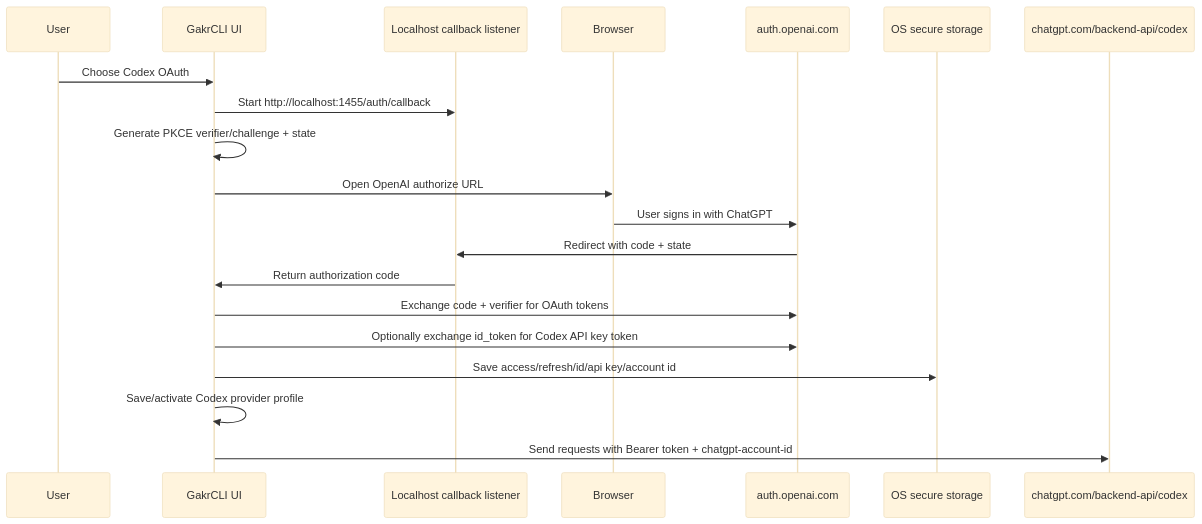
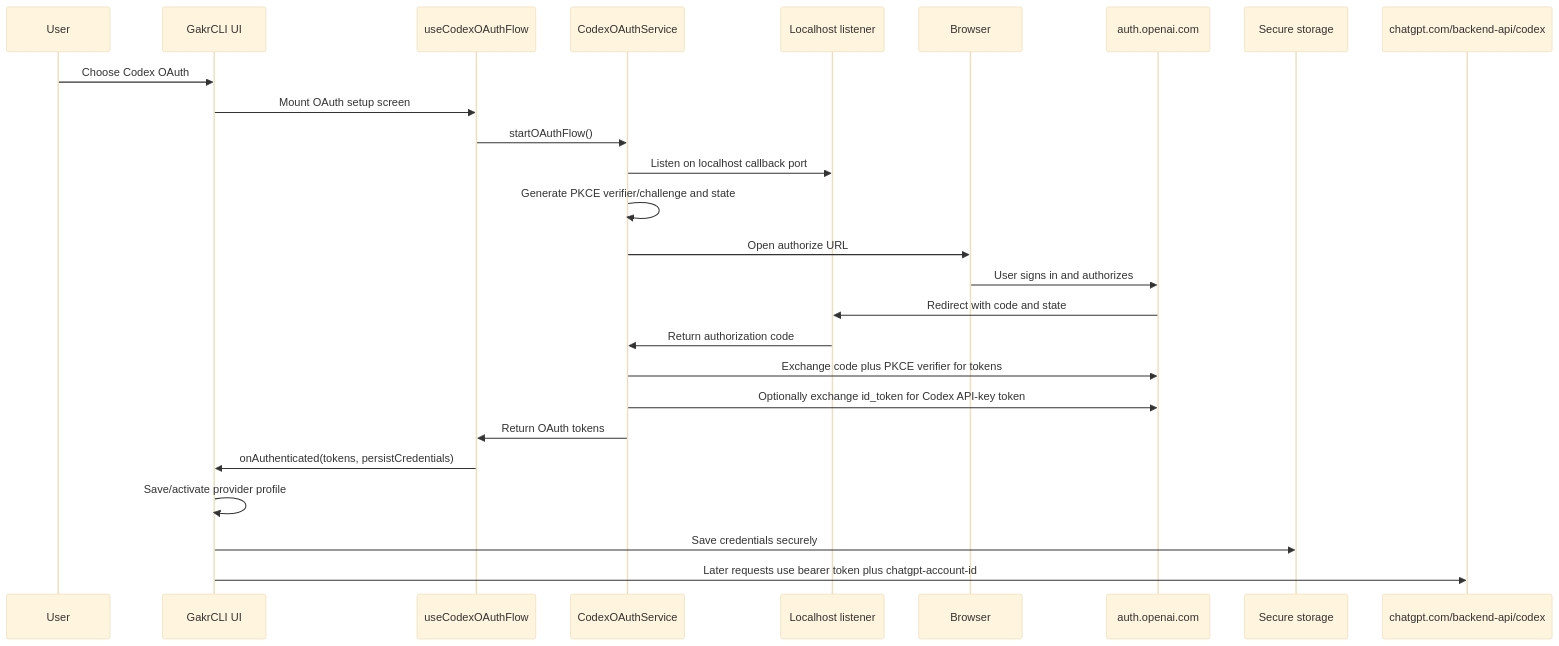
Before and after one commit to gajjalaashok75-UI/GakrCLI: the diagram in docs/codex-oauth-browser-sign-in.md, drawn with Mermaid (base theme). The commit also changed other lines of this file and 7 other files, not shown here.

Commit message:
Fix Codex OAuth provider persistence

````diff
--- a/docs/codex-oauth-browser-sign-in.md
+++ b/docs/codex-oauth-browser-sign-in.md
@@ -21,23 +51,29 @@
 ```mermaid
 sequenceDiagram
   participant User
-  participant CLI as GakrCLI UI
-  participant Listener as Localhost callback listener
+  participant UI as GakrCLI UI
+  participant Hook as useCodexOAuthFlow
+  participant Service as CodexOAuthService
+  participant Listener as Localhost listener
   participant Browser
   participant OpenAI as auth.openai.com
-  participant Store as OS secure storage
+  participant Store as Secure storage
   participant Codex as chatgpt.com/backend-api/codex
 
-  User->>CLI: Choose Codex OAuth
-  CLI->>Listener: Start http://localhost:1455/auth/callback
-  CLI->>CLI: Generate PKCE verifier/challenge + state
-  CLI->>Browser: Open OpenAI authorize URL
-  Browser->>OpenAI: User signs in with ChatGPT
-  OpenAI->>Listener: Redirect with code + state
-  Listener->>CLI: Return authorization code
-  CLI->>OpenAI: Exchange code + verifier for OAuth tokens
-  CLI->>OpenAI: Optionally exchange id_token for Codex API key token
-  CLI->>Store: Save access/refresh/id/api key/account id
-  CLI->>CLI: Save/activate Codex provider profile
-  CLI->>Codex: Send requests with Bearer token + chatgpt-account-id
+  User->>UI: Choose Codex OAuth
+  UI->>Hook: Mount OAuth setup screen
+  Hook->>Service: startOAuthFlow()
+  Service->>Listener: Listen on localhost callback port
+  Service->>Service: Generate PKCE verifier/challenge and state
+  Service->>Browser: Open authorize URL
+  Browser->>OpenAI: User signs in and authorizes
+  OpenAI->>Listener: Redirect with code and state
+  Listener->>Service: Return authorization code
+  Service->>OpenAI: Exchange code plus PKCE verifier for tokens
+  Service->>OpenAI: Optionally exchange id_token for Codex API-key token
+  Service->>Hook: Return OAuth tokens
+  Hook->>UI: onAuthenticated(tokens, persistCredentials)
+  UI->>UI: Save/activate provider profile
+  UI->>Store: Save credentials securely
+  UI->>Codex: Later requests use bearer token plus chatgpt-account-id
 ```
````
